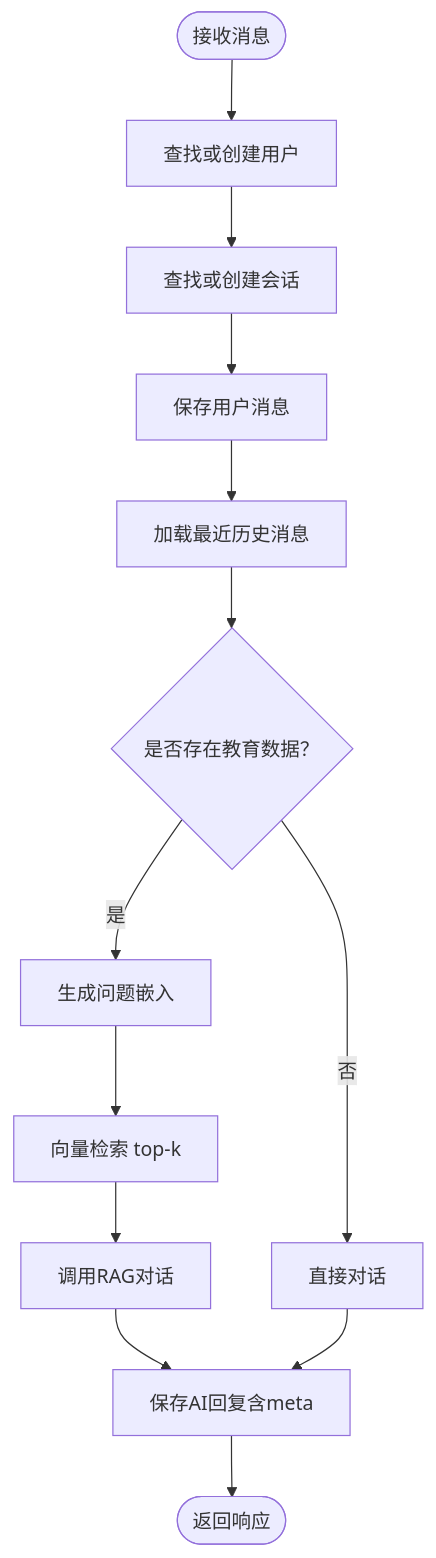
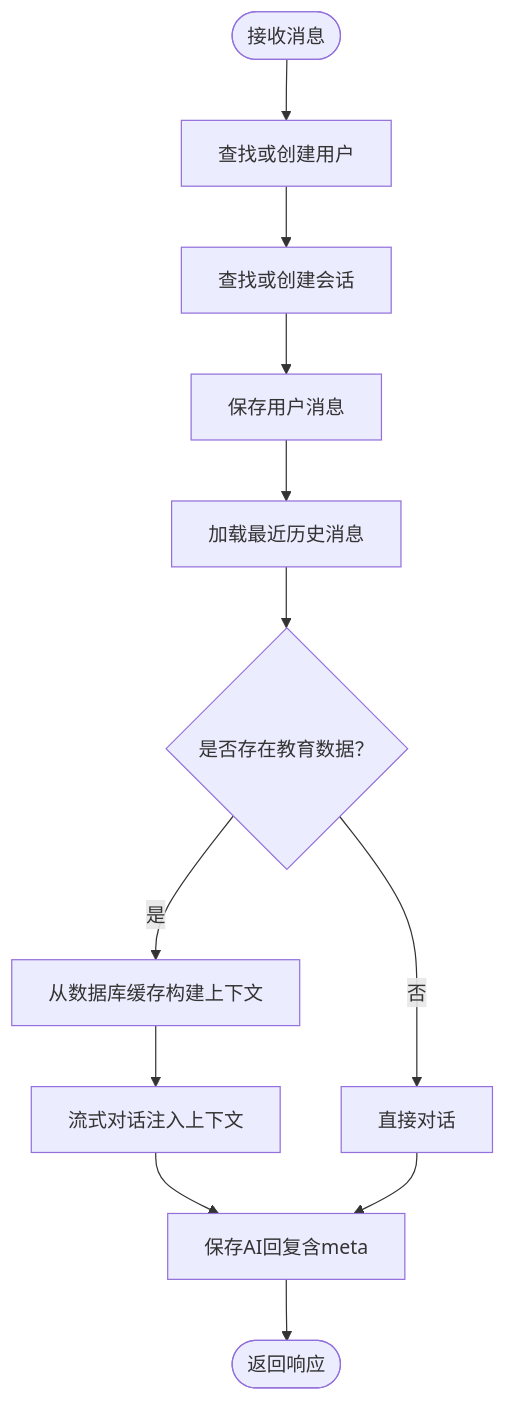
Before and after one commit to ghbbn053-ship-itsoulddog/soulddog: the third of 9 diagrams in .qoder/repowiki/zh/content/AI智能问答系统/AI智能问答系统.md, drawn with Mermaid. The commit also changed other lines of this file and 10 other files, not shown here.

````diff
--- a/.qoder/repowiki/zh/content/AI智能问答系统/AI智能问答系统.md
+++ b/.qoder/repowiki/zh/content/AI智能问答系统/AI智能问答系统.md
@@ -143,15 +148,14 @@
 ```mermaid
 flowchart TD
 Start(["接收消息"]) --> FindUser["查找或创建用户"]
 FindUser --> FindConv["查找或创建会话"]
 FindConv --> SaveUserMsg["保存用户消息"]
 SaveUserMsg --> LoadHistory["加载最近历史消息"]
 LoadHistory --> CheckEduData{"是否存在教育数据？"}
-CheckEduData --> |是| GenEmbed["生成问题嵌入"]
-GenEmbed --> VecSearch["向量检索 top-k"]
-VecSearch --> CallRAG["调用RAG对话"]
-CheckEduData --> |否| CallDirect["直接对话"]
-CallRAG --> SaveAIMsg["保存AI回复含meta"]
-CallDirect --> SaveAIMsg
+CheckEduData --> |是| BuildContext["从数据库缓存构建上下文"]
+BuildContext --> StreamChat["流式对话注入上下文"]
+CheckEduData --> |否| DirectChat["直接对话"]
+StreamChat --> SaveAIMsg["保存AI回复含meta"]
+DirectChat --> SaveAIMsg
 SaveAIMsg --> End(["返回响应"])
 ```
````
